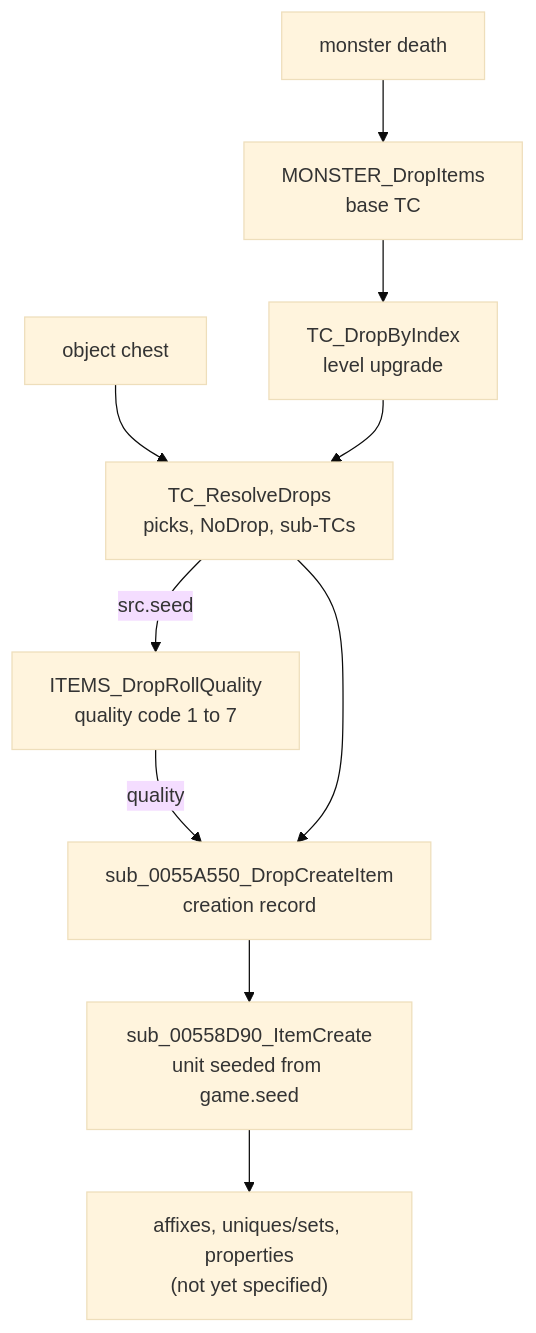
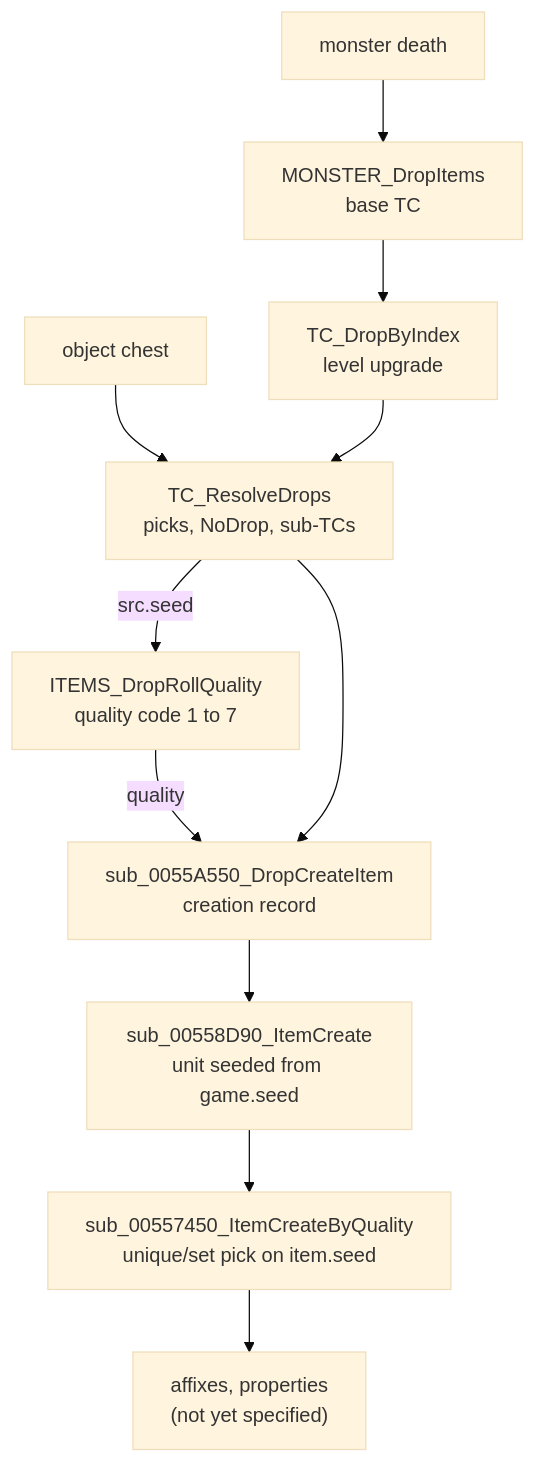
Before and after one commit to IgorKonovalov/diablo-2-recompilation: the diagram in docs/specs/items/README.md, drawn with Mermaid (base theme). The commit also changed other lines of this file and 5 other files, not shown here.

First line of the commit message:
docs(specs): items/uniques-sets, unique and set selection and the creation fallbacks (plan 0019 Phase 3)

````diff
--- a/docs/specs/items/README.md
+++ b/docs/specs/items/README.md
@@ -31,12 +31,13 @@
 ```mermaid
 flowchart TD
   death["monster death"] --> MD["MONSTER_DropItems<br/>base TC"]
   chest["object chest"] --> R
   MD --> UP["TC_DropByIndex<br/>level upgrade"]
   UP --> R["TC_ResolveDrops<br/>picks, NoDrop, sub-TCs"]
   R -->|"src.seed"| Q["ITEMS_DropRollQuality<br/>quality code 1 to 7"]
   Q -->|"quality"| C
   R --> C["sub_0055A550_DropCreateItem<br/>creation record"]
   C --> IC["sub_00558D90_ItemCreate<br/>unit seeded from game.seed"]
-  IC --> later["affixes, uniques/sets, properties<br/>(not yet specified)"]
+  IC --> US["sub_00557450_ItemCreateByQuality<br/>unique/set pick on item.seed"]
+  US --> later["affixes, properties<br/>(not yet specified)"]
 ```
````
